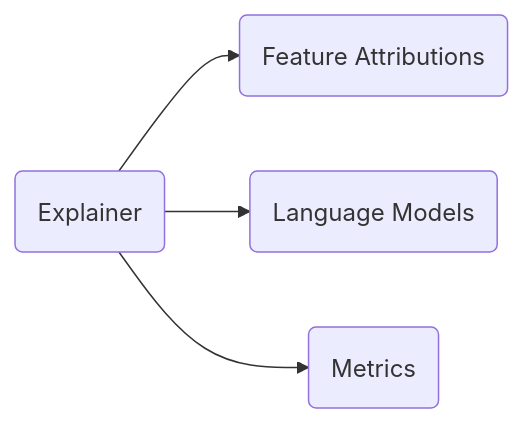
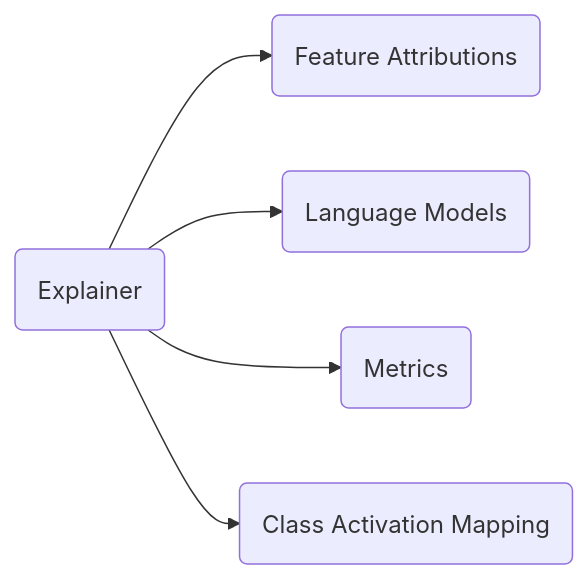
Before and after one commit to intel/intel-xai-tools: the diagram in docs/explainer/index.md, drawn with Mermaid. The commit also changed other lines of this file and 11 other files, not shown here.

First line of the commit message:
Add CAM explainer (#122)

````diff
--- a/docs/explainer/index.md
+++ b/docs/explainer/index.md
@@ -48,9 +48,11 @@
 ```{mermaid}
 graph LR
 A(Explainer) --> B(Feature Attributions)
 A --> C(Language Models)
 A --> D(Metrics)
+A --> E(Class Activation Mapping)
 click B "/explainer/feature_attributions_explainer.html#feature-attributions-explainer" "Feature Attributions"
 click C "/explainer/lm_layers_explainer.html#language-model-explainer" "Language Models"
 click D "/explainer/metrics_explainer.html#metrics-explainer" "Metrics"
+click E "/explainer/cam_explainer.html#cam-explainer" "Class Activation Mapping"
 ```
````
